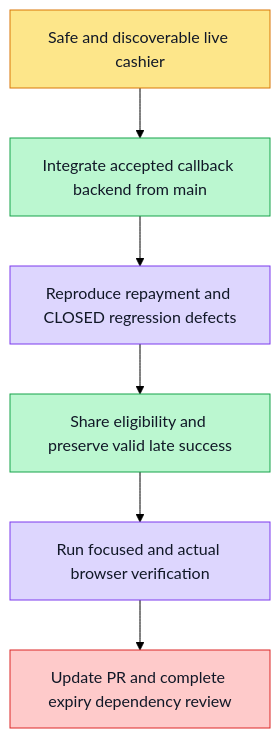
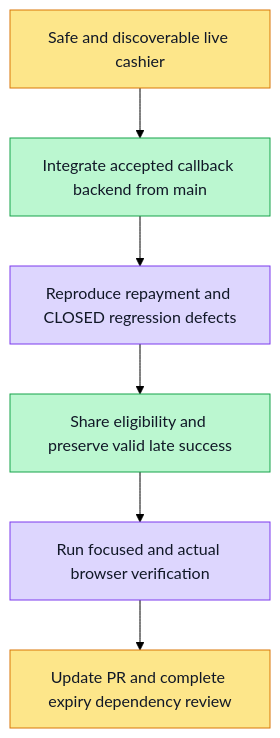
One commit to boardx/workspacex changed the diagram in phases/phase-21-billing-payment/sprints/sprint-06/plans/F06.plan.md. Above: the diagram before and after it, drawn with Mermaid (forest theme). The commit also changed other lines of this file and 22 other files, not shown here.

Commit message:
test(billing): retain actual expiry regeneration and manual recovery evidence

````diff
--- a/phases/phase-21-billing-payment/sprints/sprint-06/plans/F06.plan.md
+++ b/phases/phase-21-billing-payment/sprints/sprint-06/plans/F06.plan.md
@@ -11,24 +11,23 @@
 ```mermaid
 flowchart TD
   G[Safe and discoverable live cashier]
   S1[Integrate accepted callback backend from main]
   S2[Reproduce repayment and CLOSED regression defects]
   S3[Share eligibility and preserve valid late success]
   S4[Run focused and actual browser verification]
   S5[Update PR and complete expiry dependency review]
   G --> S1 --> S2 --> S3 --> S4 --> S5
   classDef todo fill:#e5e7eb,stroke:#6b7280,color:#111827
   classDef doing fill:#fde68a,stroke:#d97706,color:#111827
   classDef done fill:#bbf7d0,stroke:#16a34a,color:#111827
   classDef tested fill:#ddd6fe,stroke:#7c3aed,color:#111827
   classDef blocked fill:#fecaca,stroke:#dc2626,color:#111827
   class G doing
   class S1 done
   class S2 tested
   %% evidence S2: evidence/F06.manual-ui-red.log -7fail25pass; evidence/F06.manual-ui-green.log -32pass
   class S3 done
   class S4 tested
-  %% evidence S4: source837ed6d43:39UI + realaccountmenu/paymentglue1, Web/APItype/lint/OSS0; see evidence/F06.manual-verification-receipt.json. Expiry chain remains pending.
-  class S5 blocked
-  %% blocked S5: F07 formal verification hit independent baseline failure; requires diagnostic PR5799 and real expiry/regeneration acceptance
+  %% evidence S4: F06.expiry-verification-receipt.json: source7a39 actualbrowser3pass/UI39/API+Webtype-lint-OSS0; oldformalonlybaf90.
+  class S5 doing
 ```
````
